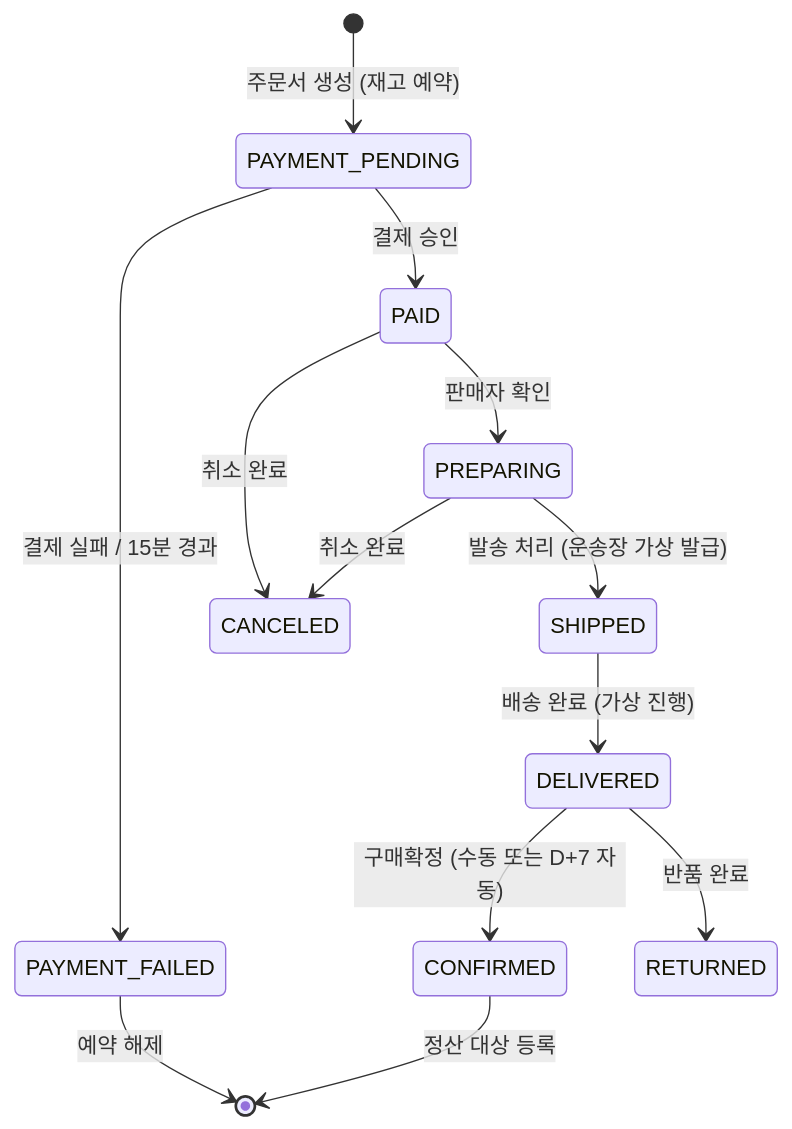
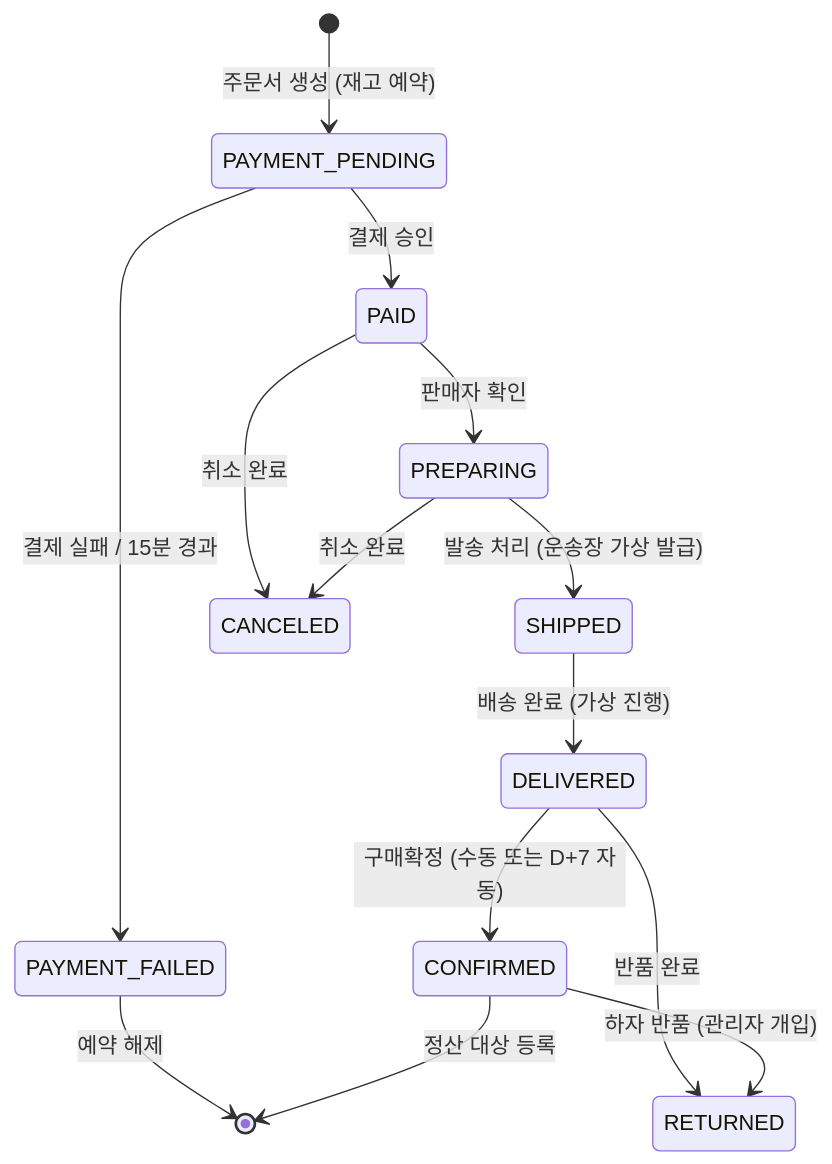
One commit to presentY1897/demo-shopping changed the first of 8 diagrams in docs/design/state-machines.md. Above: the diagram before and after it, drawn with Mermaid. The commit also changed other lines of this file and 82 other files, not shown here.

````diff
--- a/docs/design/state-machines.md
+++ b/docs/design/state-machines.md
@@ -9,17 +9,18 @@
 ```mermaid
 stateDiagram-v2
     [*] --> PAYMENT_PENDING : 주문서 생성 (재고 예약)
     PAYMENT_PENDING --> PAID : 결제 승인
     PAYMENT_PENDING --> PAYMENT_FAILED : 결제 실패 / 15분 경과
     PAYMENT_FAILED --> [*] : 예약 해제
 
     PAID --> PREPARING : 판매자 확인
     PREPARING --> SHIPPED : 발송 처리 (운송장 가상 발급)
     SHIPPED --> DELIVERED : 배송 완료 (가상 진행)
     DELIVERED --> CONFIRMED : 구매확정 (수동 또는 D+7 자동)
     CONFIRMED --> [*] : 정산 대상 등록
 
     PAID --> CANCELED : 취소 완료
     PREPARING --> CANCELED : 취소 완료
     DELIVERED --> RETURNED : 반품 완료
+    CONFIRMED --> RETURNED : 하자 반품 (관리자 개입)
 ```
````
